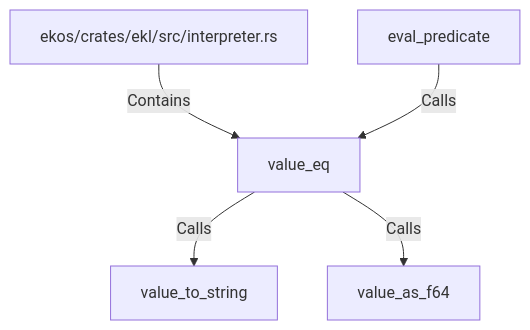
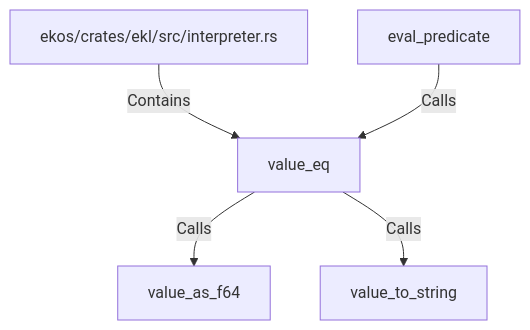
The diagram in doc/entities/rustsymbol/va/value-eq.md (alexeyban/EKOS), drawn with Mermaid before and after one commit. The commit also changed other lines of this file and 552 other files, not shown here.

````diff
--- a/doc/entities/rustsymbol/va/value-eq.md
+++ b/doc/entities/rustsymbol/va/value-eq.md
@@ -23,12 +23,12 @@
 ```mermaid
 graph TD
     n92f877896991562bb87673c822722296["value_eq"]
     n9c2cb6e4ee09503f8cf5ccfaf23ecd79["ekos/crates/ekl/src/interpreter.rs"]
     n9c2cb6e4ee09503f8cf5ccfaf23ecd79 -->|Contains| n92f877896991562bb87673c822722296
+    n8613a3d6558353a9907cc715f59b736e["value_as_f64"]
+    n92f877896991562bb87673c822722296 -->|Calls| n8613a3d6558353a9907cc715f59b736e
     n2b431c16e2995ca5b60a18aac4ca949f["value_to_string"]
     n92f877896991562bb87673c822722296 -->|Calls| n2b431c16e2995ca5b60a18aac4ca949f
-    n8613a3d6558353a9907cc715f59b736e["value_as_f64"]
-    n92f877896991562bb87673c822722296 -->|Calls| n8613a3d6558353a9907cc715f59b736e
     ndb424b5e3b63590d8e63197b48efa89a["eval_predicate"]
     ndb424b5e3b63590d8e63197b48efa89a -->|Calls| n92f877896991562bb87673c822722296
 ```
````
